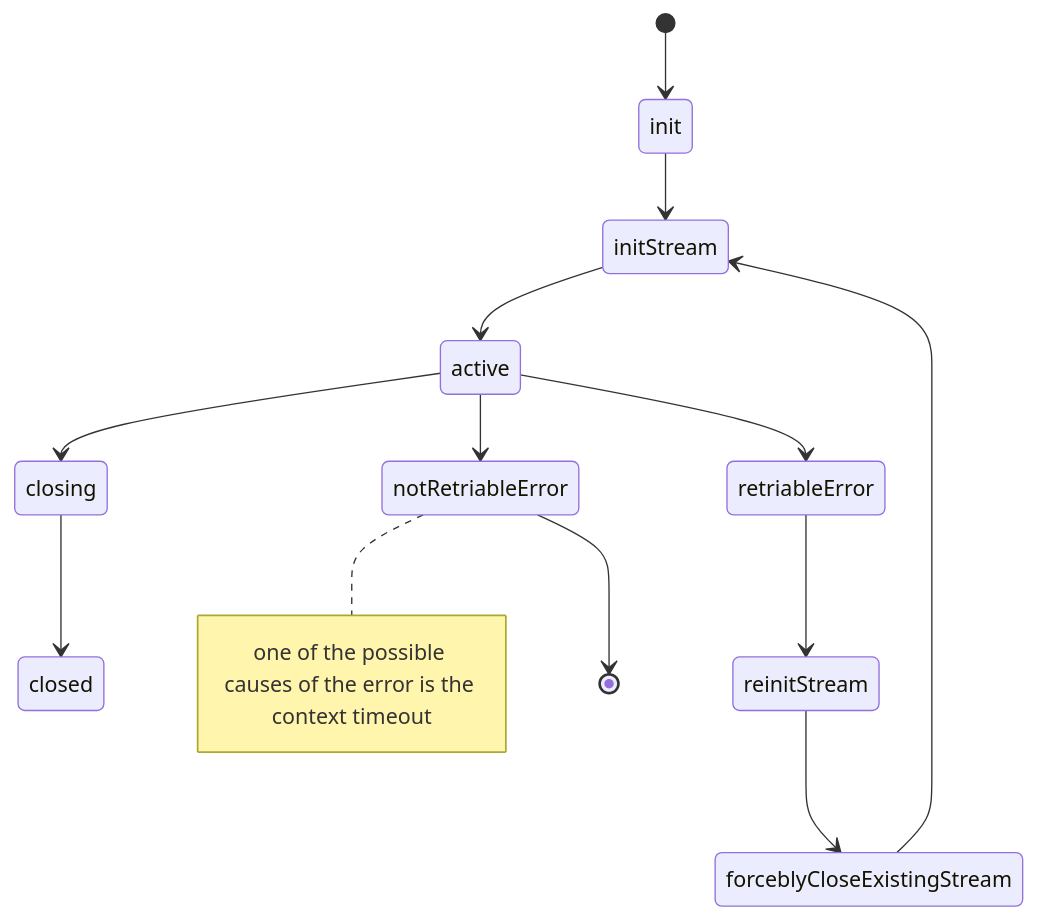
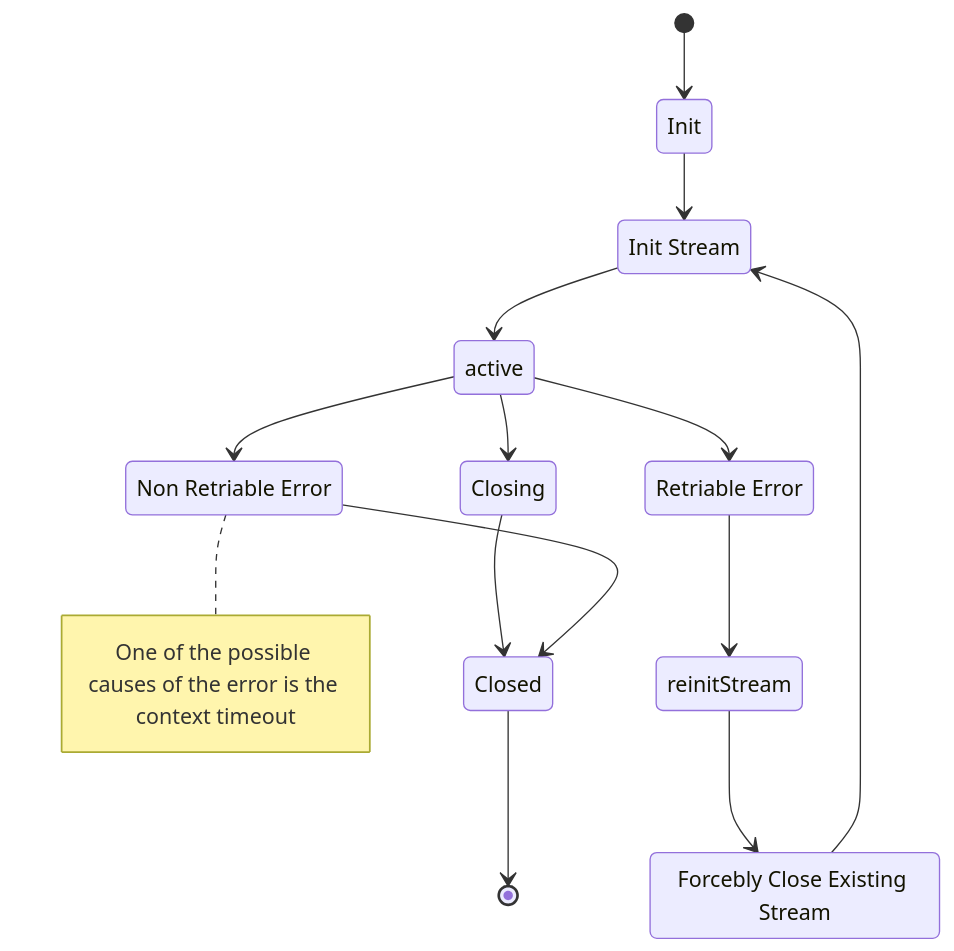
The second of 2 diagrams in src/topic/README.md (ydb-platform/ydb-nodejs-sdk), drawn with Mermaid before and after one commit.

Commit message:
chore: fix state diagram

````diff
--- a/src/topic/README.md
+++ b/src/topic/README.md
@@ -35,16 +35,24 @@
 ```mermaid
 stateDiagram
 direction TB
+state "Init" as init
+state "Init Stream" as initStream
+state "Retriable Error" as retriableError
+state "Non Retriable Error" as nonRetriableError
+state "Closing" as closing
+state "Closed" as closed
+state "Forcebly Close Existing Stream" as forceblyCloseExistingStream
 [*] --> init
 init --> initStream
 initStream --> active
 active --> retriableError
-active --> notRetriableError
+active --> nonRetriableError
 active --> closing
 closing --> closed
 retriableError --> reinitStream
 reinitStream --> forceblyCloseExistingStream
 forceblyCloseExistingStream --> initStream
-notRetriableError --> [*]
-note right of notRetriableError : <font color="#333333">one of the possible causes of the error is the context timeout</font><br>
+nonRetriableError --> closed
+closed --> [*]
+note right of nonRetriableError : <font color="#333333">One of the possible causes of the error is the context timeout</font><br>
 ```
````
